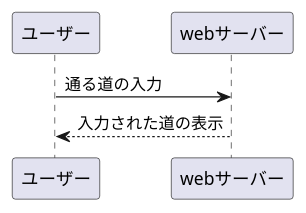
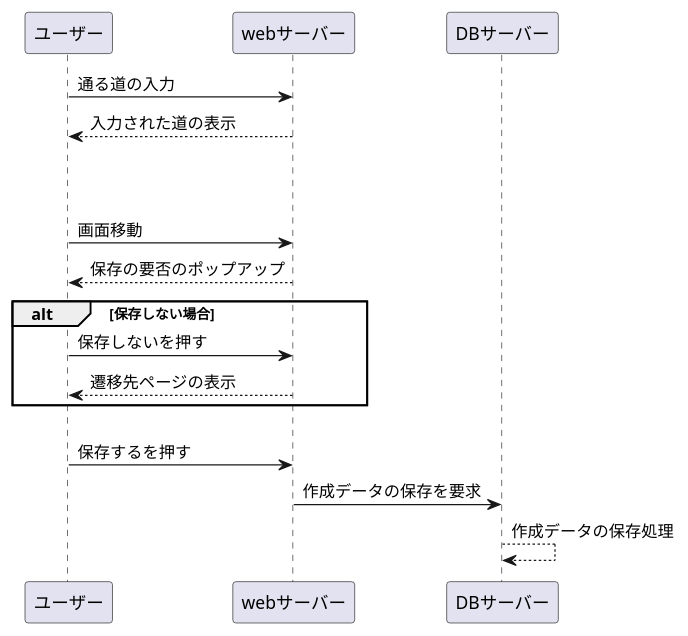
One commit to AsoSD3A3/CyclingSystem changed the diagram in 業務フロー図/rootcreate_flow.md. Above: the diagram before and after it, drawn with PlantUML.

````diff
--- a/業務フロー図/rootcreate_flow.md
+++ b/業務フロー図/rootcreate_flow.md
@@ -1,8 +1,26 @@
 ```uml
 @startuml
 
 ユーザー -> webサーバー : 通る道の入力
 webサーバー --> ユーザー : 入力された道の表示
 
+opt 途中で作成を中断する場合
+
+alt 別画面に映ろうとしたとき
+ユーザー -> webサーバー : 画面移動
+webサーバー --> ユーザー : 保存の要否のポップアップ
+
+alt 保存しない場合
+ユーザー -> webサーバー : 保存しないを押す
+webサーバー --> ユーザー : 遷移先ページの表示
+end
+
+else 保存する場合
+ユーザー -> webサーバー : 保存するを押す
+webサーバー -> DBサーバー : 作成データの保存を要求
+DBサーバー --> DBサーバー : 作成データの保存処理
+
+
+
 @enduml
 ```
````
